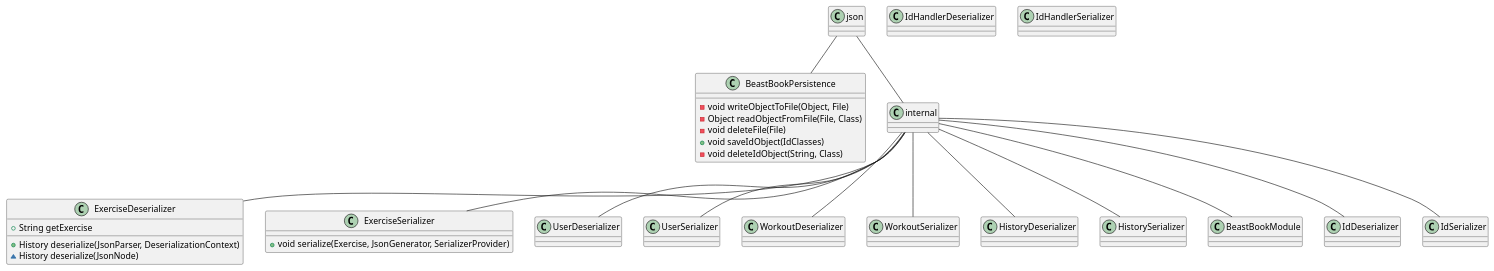
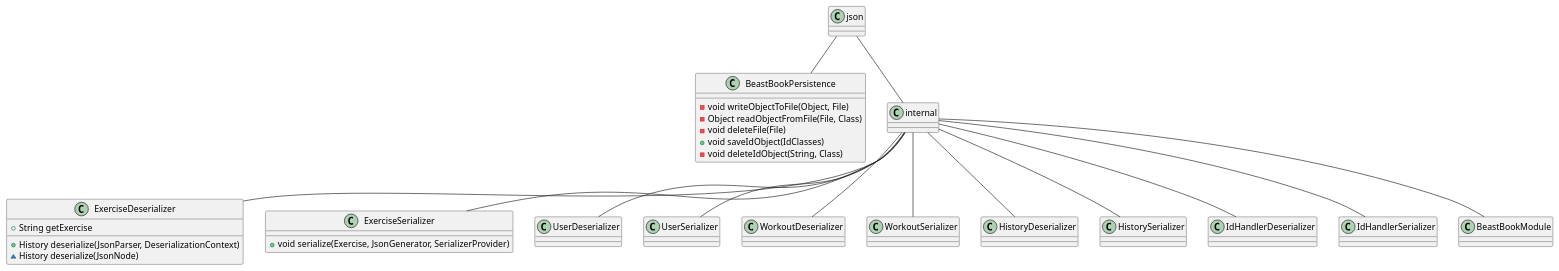
The diagram in docs/diagrams/jsonDiagram.puml (Madt2/IT1901-Prosjekt-host-2021), drawn with PlantUML before and after one commit. The commit also changed 1 other file, not shown here.

Commit message:
Updated/Added class diagram for json, core, rest, fxui and fxml

```diff
--- a/docs/diagrams/jsonDiagram.puml
+++ b/docs/diagrams/jsonDiagram.puml
@@ -1,61 +1,61 @@
 @startuml Json Diagram
 class BeastBookPersistence {
   -void writeObjectToFile(Object, File)
   -Object readObjectFromFile(File, Class)
   -void deleteFile(File)
   +void saveIdObject(IdClasses)
   -void deleteIdObject(String, Class)
 }
 
 class ExerciseDeserializer {
   +History deserialize(JsonParser, DeserializationContext)
   ~History deserialize(JsonNode)
   +String getExercise
 }
 
 class ExerciseSerializer {
   +void serialize(Exercise, JsonGenerator, SerializerProvider)
 }
 
 class UserDeserializer {
 }
 
 class UserSerializer {
 }
 
 class WorkoutDeserializer {
 }
 
 class WorkoutSerializer {
 }
 
 class HistoryDeserializer {
 }
 
 class HistorySerializer {
 }
 
 class IdHandlerDeserializer {
 }
 
 class IdHandlerSerializer {
 }
 
 class BeastBookModule {
 
 }
 
 json -- internal
 internal -- ExerciseDeserializer
 internal -- ExerciseSerializer
 internal -- UserDeserializer
 internal -- UserSerializer
 internal -- WorkoutDeserializer
 internal -- WorkoutSerializer
 internal -- HistoryDeserializer
 internal -- HistorySerializer
-internal -- IdDeserializer
-internal -- IdSerializer
+internal -- IdHandlerDeserializer
+internal -- IdHandlerSerializer
 internal -- BeastBookModule
 json -- BeastBookPersistence
 @enduml
```
